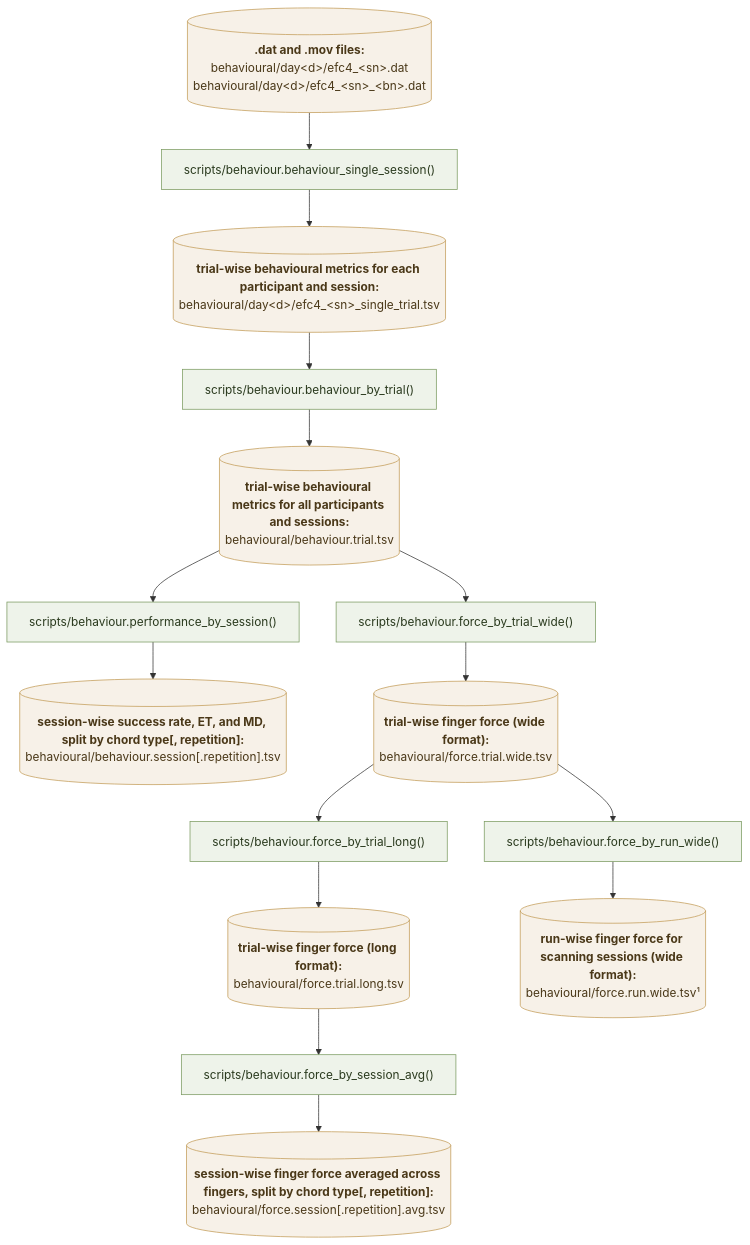
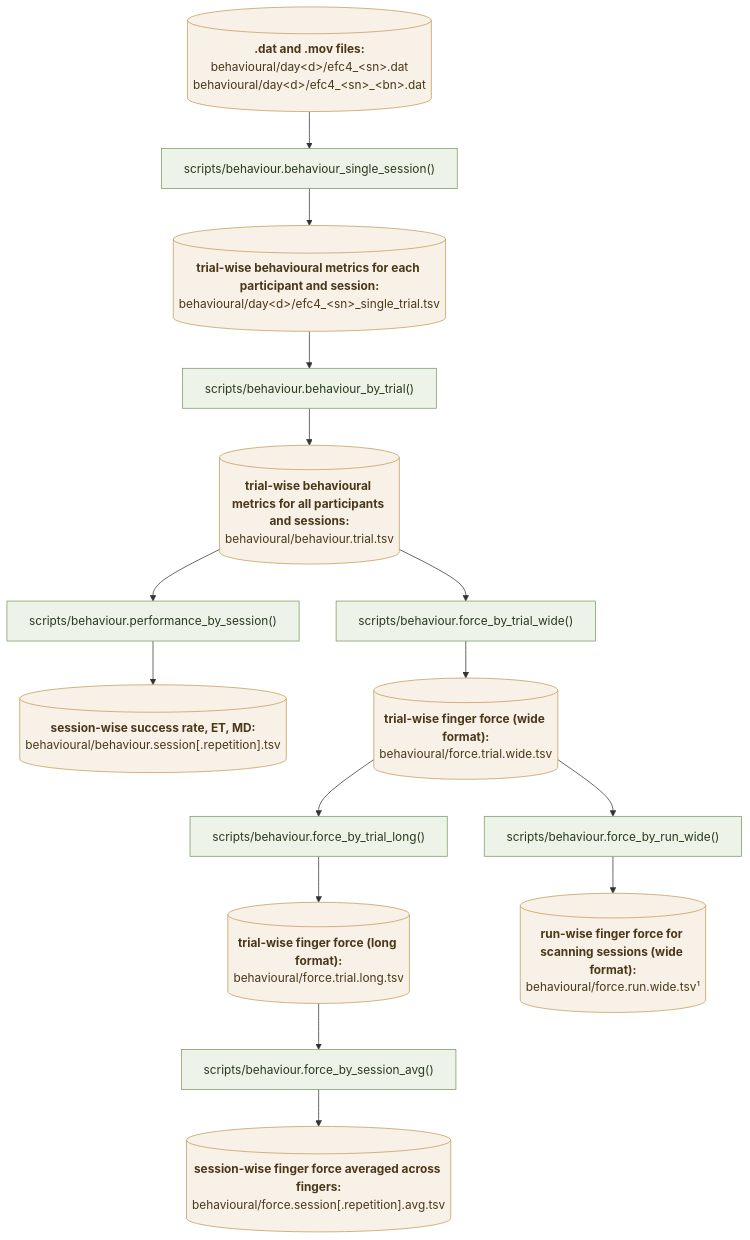
One commit to mnlmrc/extension-flexion-chords changed the first of 3 diagrams in README.md. Above: the diagram before and after it, drawn with Mermaid. The commit also changed other lines of this file and 2 other files, not shown here.

````diff
--- a/README.md
+++ b/README.md
@@ -19,59 +19,59 @@
 ```mermaid
 flowchart TD
     %% ---------- single trial ----------
     RAW_BEHAV[("<b>.dat and .mov files:</b><br/>behavioural/day#lt;d#gt;/efc4_#lt;sn#gt;.dat<br/>behavioural/day#lt;d#gt;/efc4_#lt;sn#gt;_#lt;bn#gt;.dat")]:::data
     ST["scripts/behaviour.behaviour_single_session()"]:::code
     STTSV[("<b>trial-wise behavioural metrics for each participant and session:</b><br/>behavioural/day#lt;d#gt;/efc4_#lt;sn#gt;_single_trial.tsv")]:::data
 
     RAW_BEHAV --> ST
     ST --> STTSV
 
     %% ---------- summary ----------
     F_TRIAL["scripts/behaviour.behaviour_by_trial()"]:::code
     F_SESS["scripts/behaviour.performance_by_session()"]:::code
     F_FWIDE["scripts/behaviour.force_by_trial_wide()"]:::code
     F_FRUN["scripts/behaviour.force_by_run_wide()"]:::code
     F_FLONG["scripts/behaviour.force_by_trial_long()"]:::code
     F_FSESS["scripts/behaviour.force_by_session_avg()"]:::code
 
     TRIAL[("<b>trial-wise behavioural metrics for all participants and sessions:</b><br/>behavioural/behaviour.trial.tsv")]:::data
     
-    PERF_REP[("<b>session-wise success rate, ET, and MD, split by chord type[, repetition]:</b><br/>behavioural/behaviour.session[.repetition].tsv")]:::data
+    PERF_REP[("<b>session-wise success rate, ET, MD:</b><br/>behavioural/behaviour.session[.repetition].tsv")]:::data
     
     FWIDE[("<b>trial-wise finger force (wide format):</b><br/>behavioural/force.trial.wide.tsv")]:::data
     FLONG[("<b>trial-wise finger force (long format):</b><br/>behavioural/force.trial.long.tsv")]:::data
-    FSESS_REP[("<b>session-wise finger force averaged across fingers, split by chord type[, repetition]:</b><br/>behavioural/force.session[.repetition].avg.tsv")]:::data
+    FSESS_REP[("<b>session-wise finger force averaged across fingers:</b><br/>behavioural/force.session[.repetition].avg.tsv")]:::data
     FFMRI[("<b>run-wise finger force for scanning sessions (wide format):</b><br/>behavioural/force.run.wide.tsv¹")]:::data
 
     %% ---------- force pattern analysis ----------
     %%P_GFORCE["scripts/pattern.calc_G_force()"]:::code
     %%P_DFFORCE["scripts/pattern.make_G_dataframe_force()"]:::code
 
     %%GFORCE[("<b>8x8 second-moment matrices of 5-finger absolute force and absolute force derivative for each participant, session[, repetition]:</b><br/>pcm/subj#lt;sn#gt;/G_obs_raw.within_session.#lt;session#gt;[.#lt;repetition#gt;].force.#lt;metric#gt;.npy")]:::data
     %%DFFORCE[("<b>session-wise crossnobis and angular distance between chord pairs:</b><br/>pcm/dissimilarity.within_session.force.tsv")]:::data
 
     %% performance
     STTSV --> F_TRIAL
     F_TRIAL --> TRIAL
     TRIAL --> F_SESS
     F_SESS --> PERF_REP
 
     %% force
     TRIAL --> F_FWIDE
     F_FWIDE --> FWIDE
     FWIDE --> F_FRUN
     F_FRUN --> FFMRI
     FWIDE --> F_FLONG
     F_FLONG --> FLONG
     FLONG --> F_FSESS
     F_FSESS --> FSESS_REP
 
     %% force pattern analysis
     %%FFMRI --> P_GFORCE
     %%P_GFORCE --> GFORCE
     %%GFORCE --> P_DFFORCE
     %%P_DFFORCE --> DFFORCE
 
     classDef code  fill:#eef3ea,stroke:#7a9a5f,color:#2a3a1e;
     classDef data  fill:#f7f1e8,stroke:#c39b56,color:#4a3818;
 ```
````
